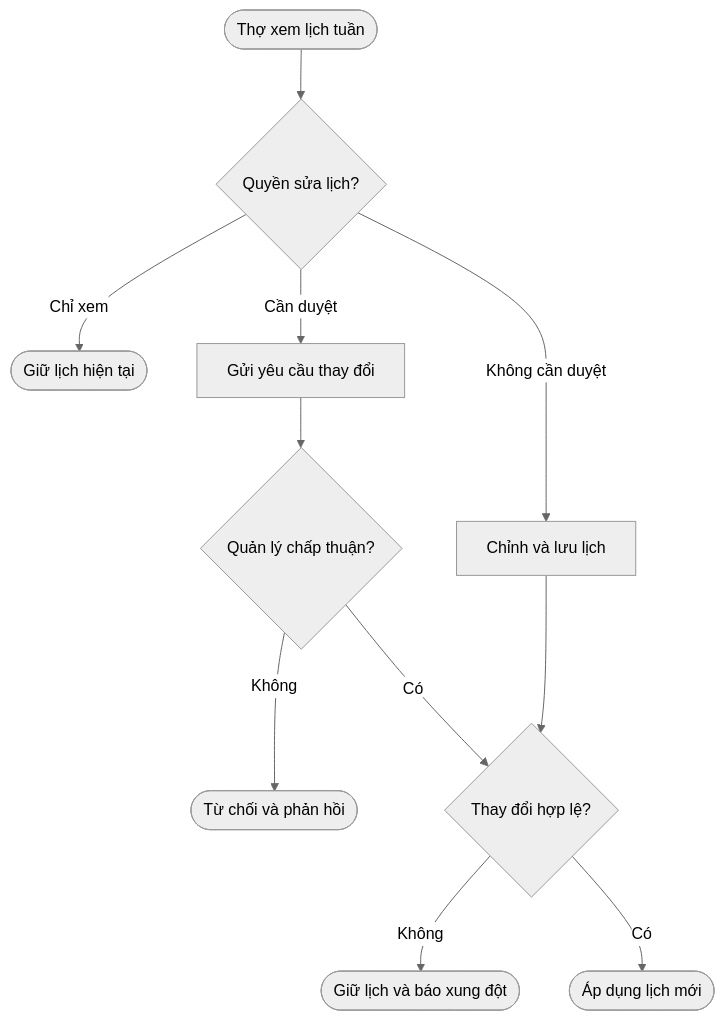
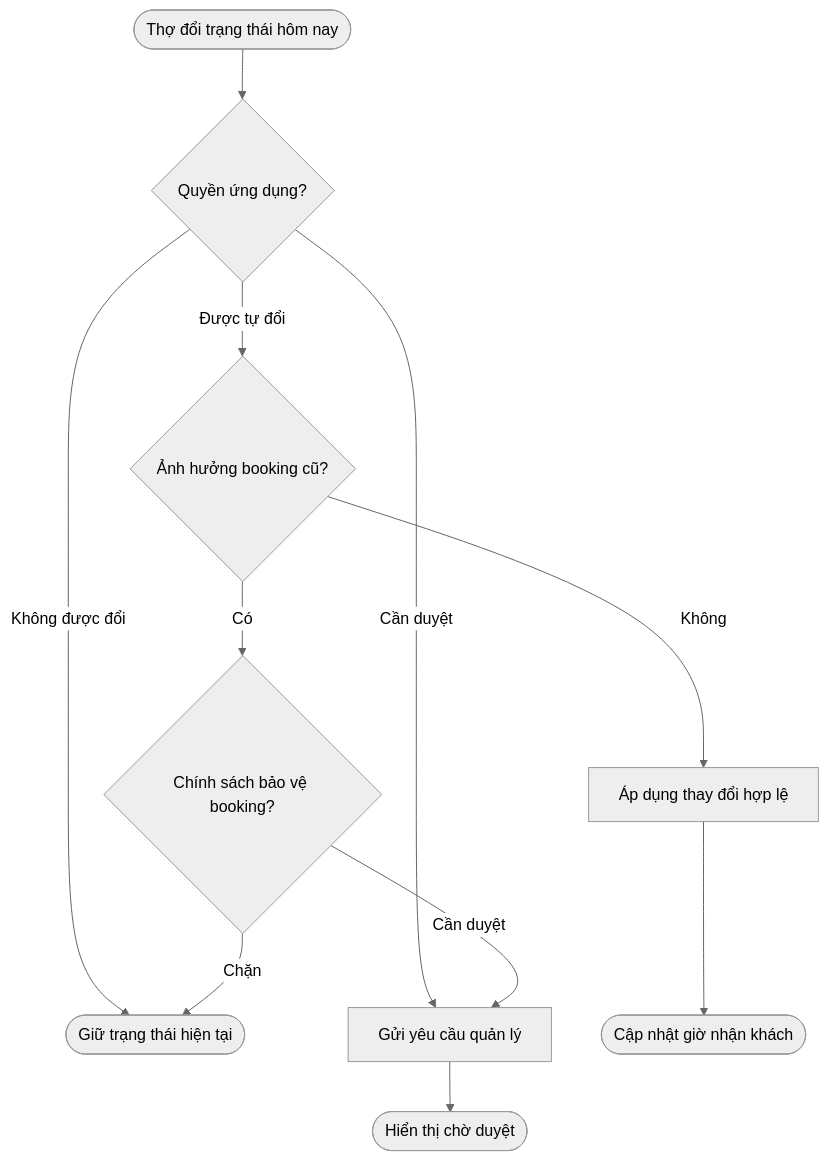
The third of 10 diagrams in nexora/docs/business/pos-staff-schedule-booking-frontend-upgrade.md (vlink-group/VlinkPay), drawn with Mermaid (neutral theme) before and after one commit. The commit also changed other lines of this file, not shown here.

````diff
--- a/nexora/docs/business/pos-staff-schedule-booking-frontend-upgrade.md
+++ b/nexora/docs/business/pos-staff-schedule-booking-frontend-upgrade.md
@@ -176,13 +189,13 @@
 ```mermaid
 flowchart TD
-    A([Thợ xem lịch tuần]) --> B{Quyền sửa lịch?}
-    B -- Chỉ xem --> C([Giữ lịch hiện tại])
-    B -- Cần duyệt --> D[Gửi yêu cầu thay đổi]
-    B -- Không cần duyệt --> E[Chỉnh và lưu lịch]
-    D --> F{Quản lý chấp thuận?}
-    F -- Không --> G([Từ chối và phản hồi])
-    F -- Có --> H{Thay đổi hợp lệ?}
-    E --> H
-    H -- Không --> I([Giữ lịch và báo xung đột])
-    H -- Có --> J([Áp dụng lịch mới])
+    A([Thợ đổi trạng thái hôm nay]) --> B{Quyền ứng dụng?}
+    B -- Không được đổi --> C([Giữ trạng thái hiện tại])
+    B -- Cần duyệt --> D[Gửi yêu cầu quản lý]
+    B -- Được tự đổi --> E{Ảnh hưởng booking cũ?}
+    E -- Không --> F[Áp dụng thay đổi hợp lệ]
+    E -- Có --> G{Chính sách bảo vệ booking?}
+    G -- Chặn --> C
+    G -- Cần duyệt --> D
+    D --> H([Hiển thị chờ duyệt])
+    F --> I([Cập nhật giờ nhận khách])
 ```
````
